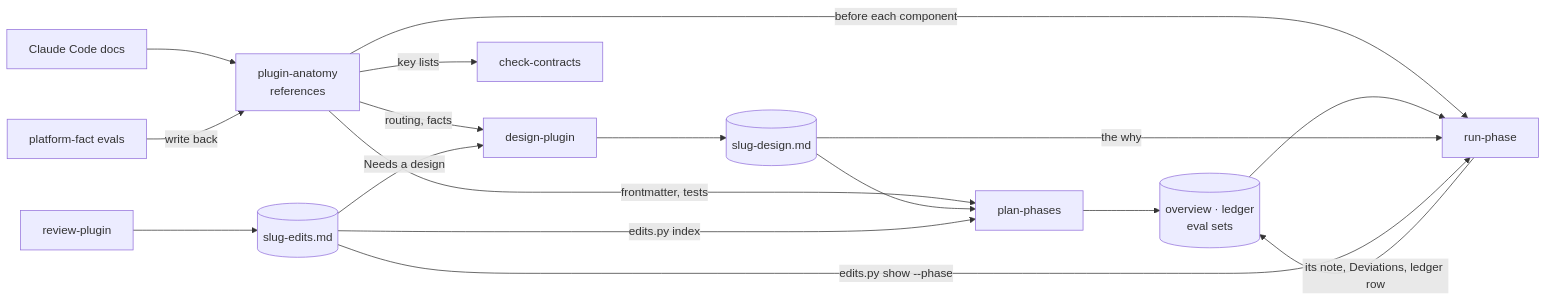
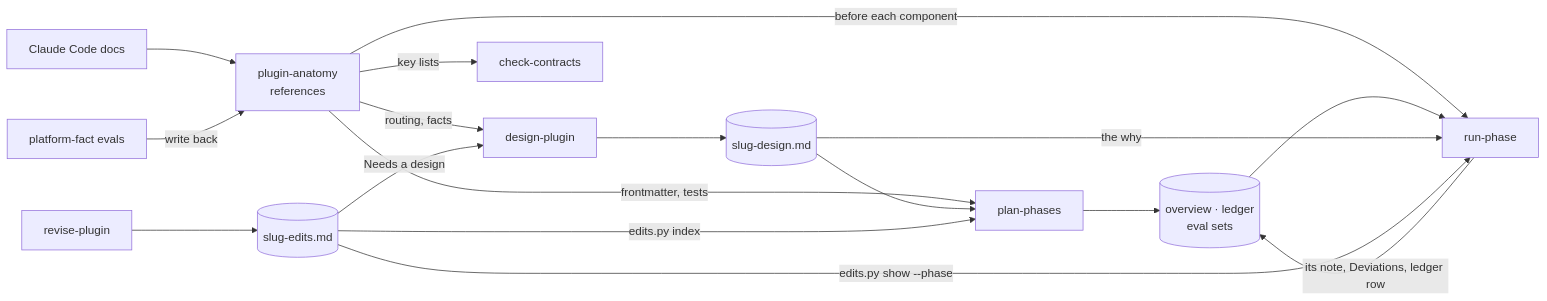
The first of 2 diagrams in plugin-dev/site/flow.md (cott435/cott-plugins), drawn with Mermaid before and after one commit. The commit also changed other lines of this file and 33 other files, not shown here.

First line of the commit message:
plugin-dev: two routes to plan-phases — design-plugin by workflow, revise-plugin (was review-plugin) by agent and skill; issues.py route sends a large selection from fix-issues to revise-plugin

````diff
--- a/plugin-dev/site/flow.md
+++ b/plugin-dev/site/flow.md
@@ -23,19 +23,19 @@
 ```mermaid
 flowchart LR
   docs["Claude Code docs"] --> PA["plugin-anatomy<br/>references"]
   PF["platform-fact evals"] -- "write back" --> PA
   PA -- "routing, facts" --> DP["design-plugin"]
   PA -- "frontmatter, tests" --> PP["plan-phases"]
   PA -- "before each component" --> RP["run-phase"]
   PA -- "key lists" --> CC["check-contracts"]
   DP --> D[("slug-design.md")]
-  RV["review-plugin"] --> EL[("slug-edits.md")]
+  RV["revise-plugin"] --> EL[("slug-edits.md")]
   EL -- "Needs a design" --> DP
   D --> PP
   EL -- "edits.py index" --> PP
   PP --> N[("overview · ledger<br/>eval sets")]
   N --> RP
   D -- "the why" --> RP
   EL -- "edits.py show --phase" --> RP
   RP -- "its note, Deviations, ledger row" --> N
 ```
````
